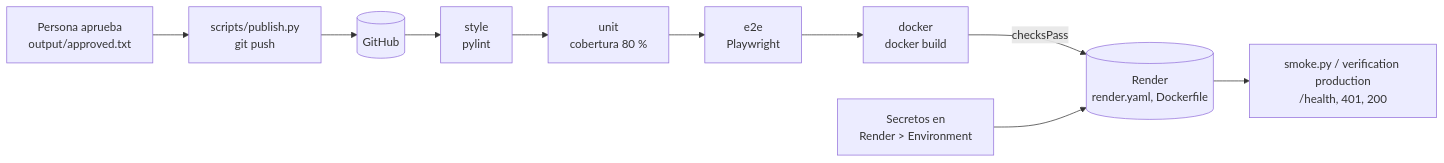
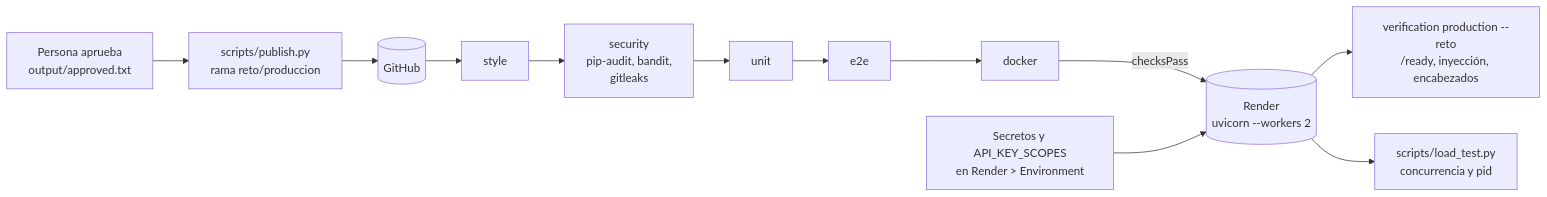
One commit to martindeven/hr-assistant changed the second of 2 diagrams in doc/architecture.md. Above: the diagram before and after it, drawn with Mermaid. The commit also changed other lines of this file and 46 other files, not shown here.

````diff
--- a/doc/architecture.md
+++ b/doc/architecture.md
@@ -52,9 +52,10 @@
 ```mermaid
 flowchart LR
-    H[Persona aprueba<br/>output/approved.txt] --> PU["scripts/publish.py<br/>git push"]
+    H[Persona aprueba<br/>output/approved.txt] --> PU["scripts/publish.py<br/>rama reto/produccion"]
     PU --> GH[("GitHub")]
-    GH --> S1[style<br/>pylint] --> S2[unit<br/>cobertura 80 %] --> S3[e2e<br/>Playwright] --> S4[docker<br/>docker build]
-    S4 -- "checksPass" --> RE[("Render<br/>render.yaml, Dockerfile")]
-    SEC[Secretos en<br/>Render > Environment] --> RE
-    RE --> SM["smoke.py / verification production<br/>/health, 401, 200"]
+    GH --> S1[style] --> S0[security<br/>pip-audit, bandit,<br/>gitleaks] --> S2[unit] --> S3[e2e] --> S4[docker]
+    S4 -- "checksPass" --> RE[("Render<br/>uvicorn --workers 2")]
+    SEC[Secretos y API_KEY_SCOPES<br/>en Render > Environment] --> RE
+    RE --> SM["verification production --reto<br/>/ready, inyección, encabezados"]
+    RE --> LT["scripts/load_test.py<br/>concurrencia y pid"]
 ```
````
